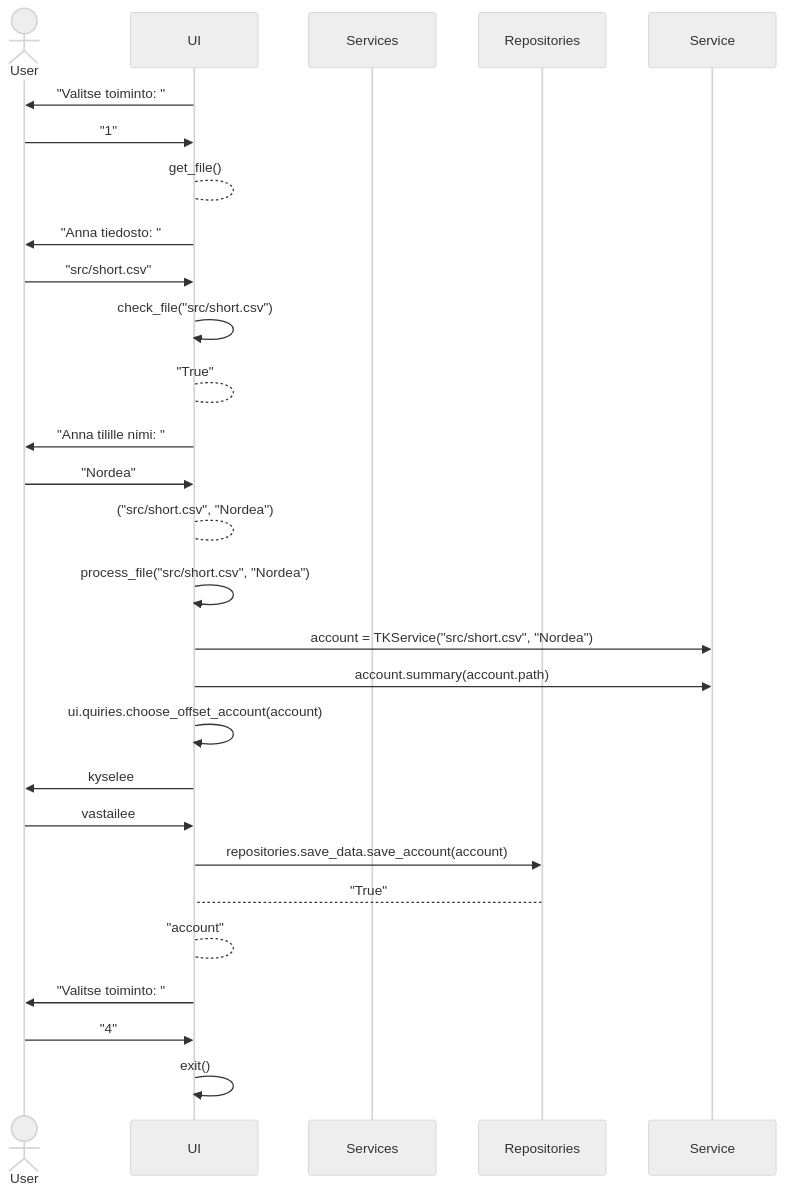
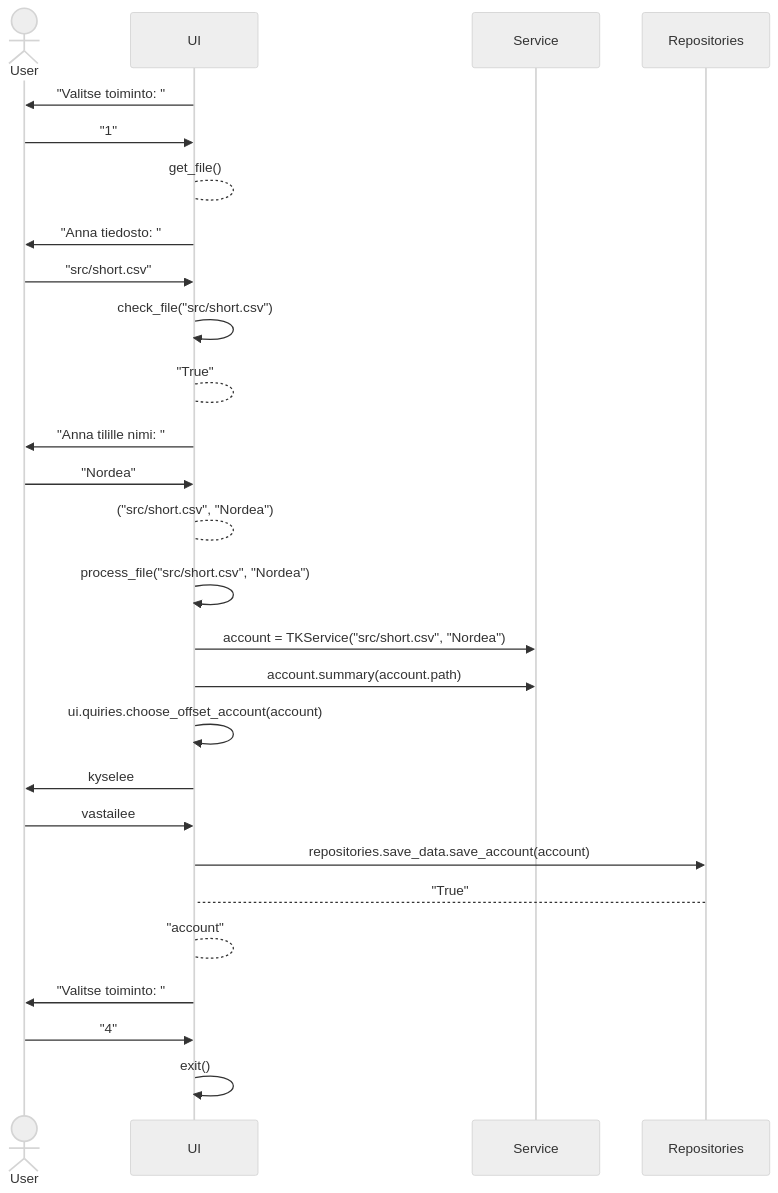
The second of 2 diagrams in dokumentaatio/arkkitehtuuri.md (rpessi/ot-harjoitustyo), drawn with Mermaid (neutral theme) before and after one commit.

Commit message:
Kirjoitusvirheiden korjailua

````diff
--- a/dokumentaatio/arkkitehtuuri.md
+++ b/dokumentaatio/arkkitehtuuri.md
@@ -39,29 +39,29 @@
 ```mermaid
 sequenceDiagram
    actor User
    participant UI
-   participant Services
+   participant Service
    participant Repositories
    UI->>User: "Valitse toiminto: "
    User->>UI: "1"
    UI-->UI: get_file()
    UI->>User: "Anna tiedosto: "
    User->>UI: "src/short.csv"
    UI->>UI: check_file("src/short.csv")
    UI-->UI: "True"
    UI->>User: "Anna tilille nimi: "
    User->>UI: "Nordea"
    UI-->UI: ("src/short.csv", "Nordea")
    UI->>UI: process_file("src/short.csv", "Nordea")
    UI->>Service: account = TKService("src/short.csv", "Nordea")
    UI->>Service: account.summary(account.path)
    UI->>UI: ui.quiries.choose_offset_account(account)
    UI->>User: kyselee
    User->>UI: vastailee
    UI->>Repositories: repositories.save_data.save_account(account)
    Repositories-->UI: "True"
    UI-->UI: "account"
    UI->>User: "Valitse toiminto: "
    User->>UI: "4"
    UI->>UI: exit()
 ```
````
